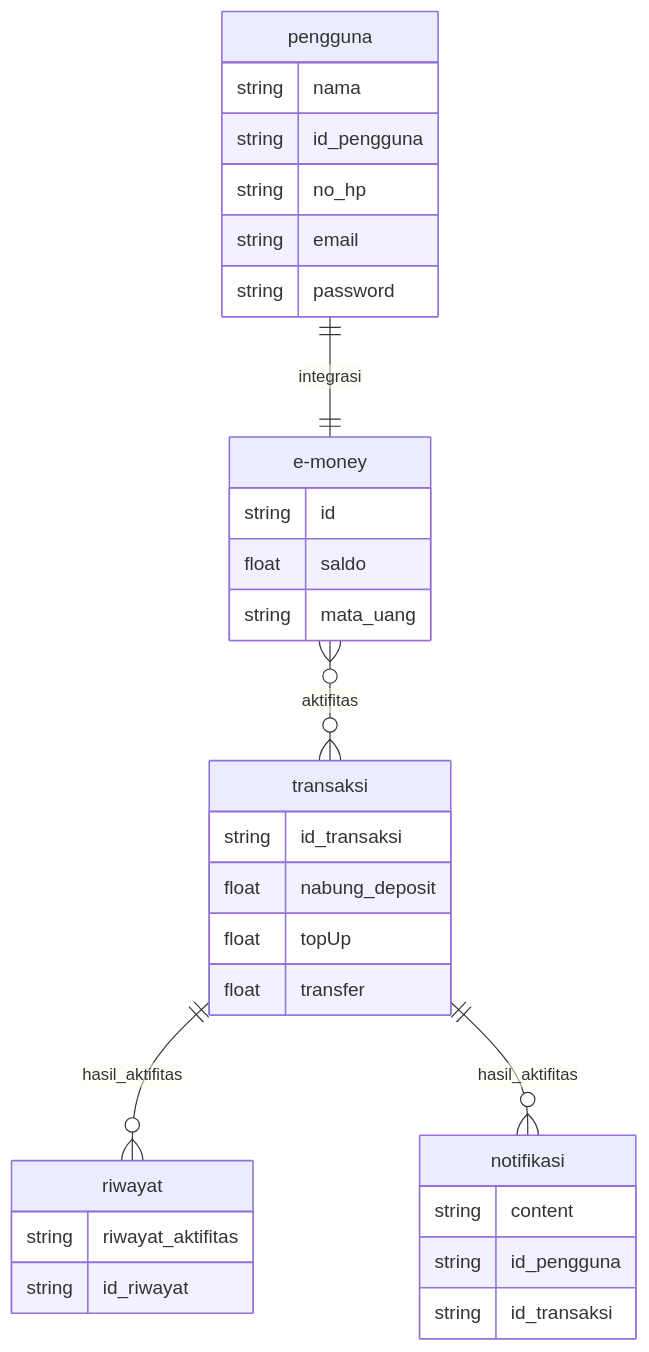
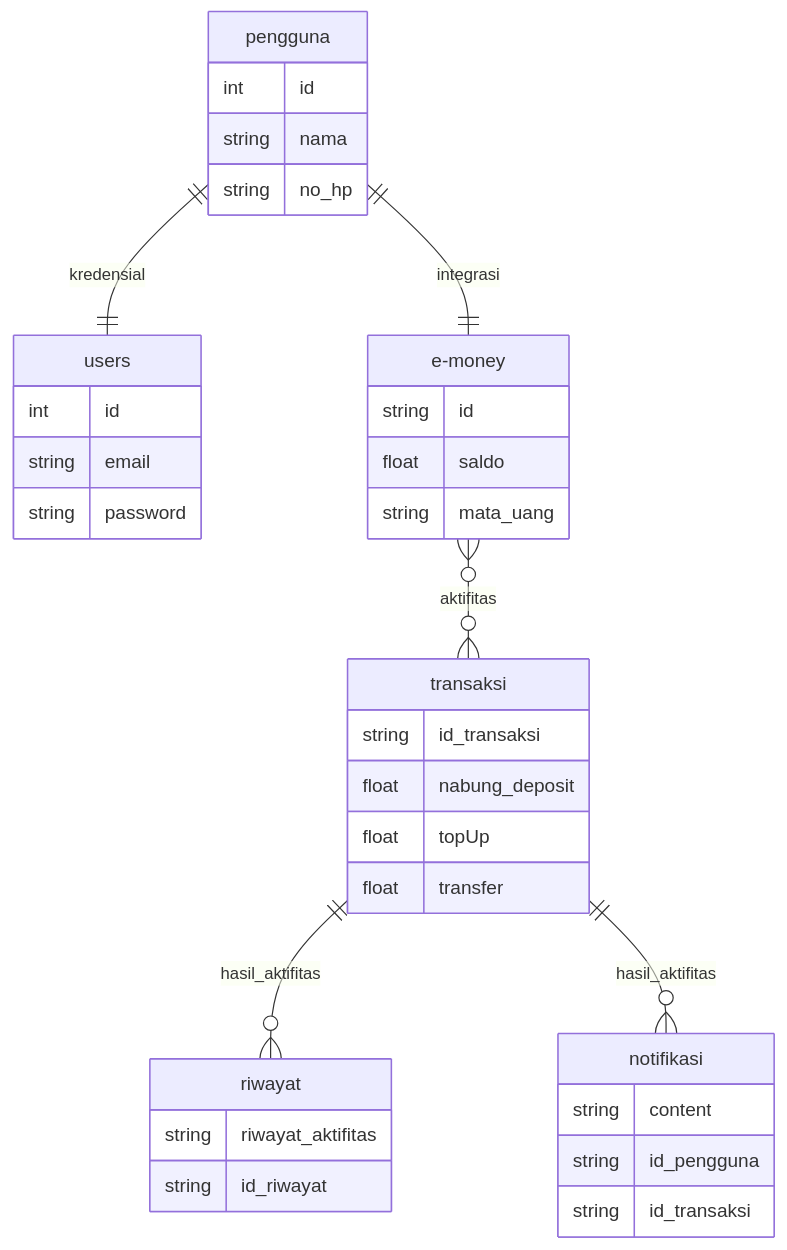
The diagram in README.md (abdullah-fikri/koda-b4-db2), drawn with Mermaid before and after one commit. The commit also changed other lines of this file and 1 other file, not shown here.

Commit message:
fix: normalisasi erd 1nf

````diff
--- a/README.md
+++ b/README.md
@@ -7,38 +7,42 @@
 ```mermaid
 erDiagram
    pengguna {
+        int id
         string nama
-        string id_pengguna
         string no_hp
+    }
+
+    users {
+        int id
         string email
         string password
     }
 
     e-money {
         string id
         float saldo
         string mata_uang
     }
 
     transaksi {
         string id_transaksi
         float nabung_deposit
         float topUp
         float transfer
     }
     riwayat {
         string riwayat_aktifitas
         string id_riwayat
     }
     notifikasi {
         string content
         string id_pengguna
         string id_transaksi
     }
-
+    pengguna ||--|| users : kredensial
     pengguna ||--|| e-money : integrasi
     e-money }o--o{ transaksi : aktifitas
     transaksi ||--o{ riwayat : hasil_aktifitas
     transaksi || --o{ notifikasi : hasil_aktifitas
 
 ```
````
